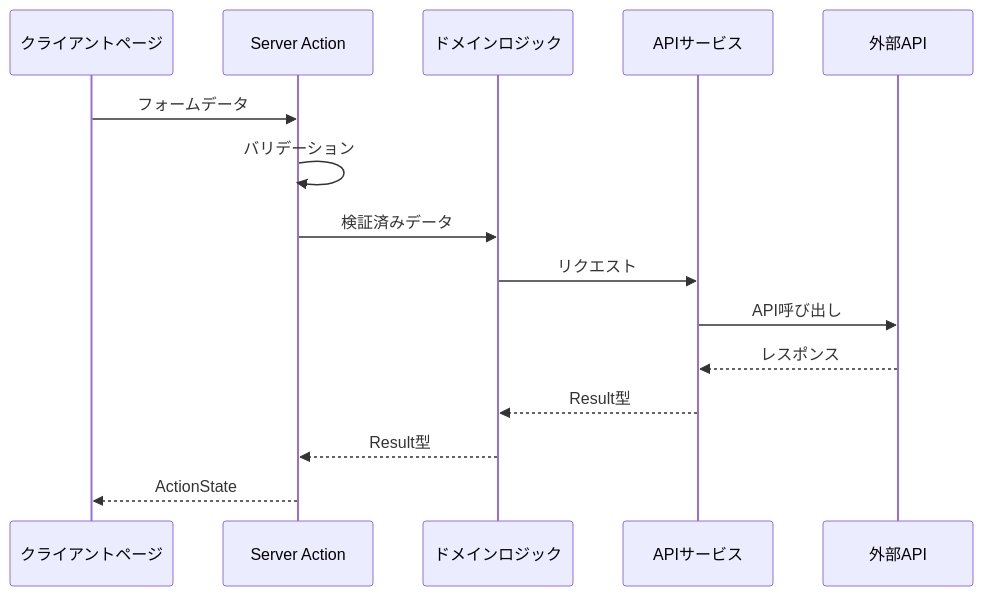
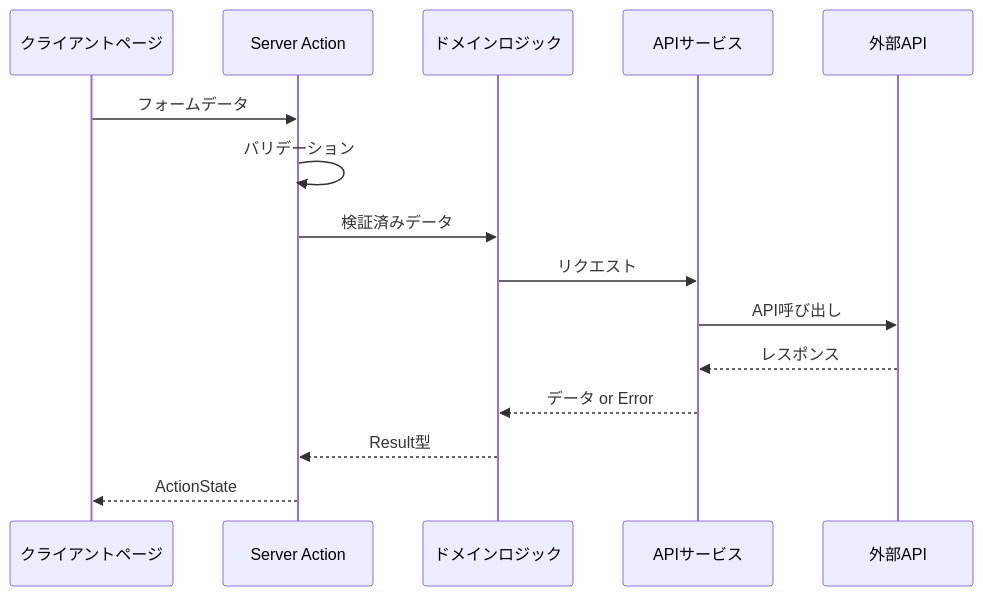
One commit to ymtakt/nextjs_hono_monorepo changed the fourth of 4 diagrams in docs/rules/frontend/architecture.md. Above: the diagram before and after it, drawn with Mermaid. The commit also changed other lines of this file and 9 other files, not shown here.

````diff
--- a/docs/rules/frontend/architecture.md
+++ b/docs/rules/frontend/architecture.md
@@ -184,18 +179,18 @@
 ```mermaid
 sequenceDiagram
     participant Page as クライアントページ
     participant Action as Server Action
     participant Logic as ドメインロジック
     participant Service as APIサービス
     participant API as 外部API
 
     Page->>Action: フォームデータ
     Action->>Action: バリデーション
     Action->>Logic: 検証済みデータ
     Logic->>Service: リクエスト
     Service->>API: API呼び出し
     API-->>Service: レスポンス
-    Service-->>Logic: Result型
+    Service-->>Logic: データ or Error
     Logic-->>Action: Result型
     Action-->>Page: ActionState
 ```
````
